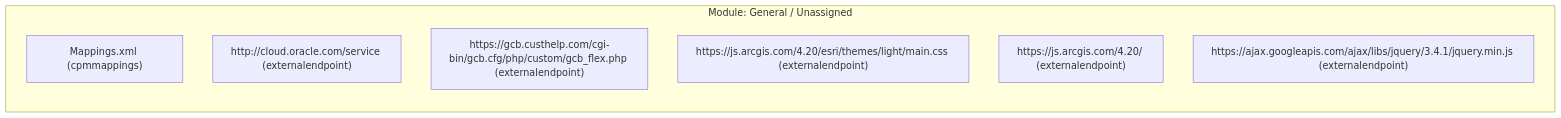
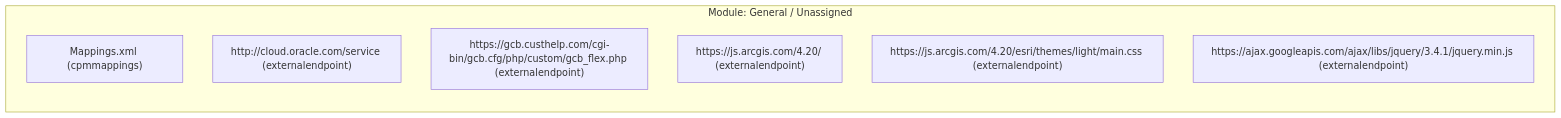
One commit to SujalMatolia0/Config_Migration changed the second of 4 diagrams in results/COMPLETE_SYSTEM_MAPPING.md. Above: the diagram before and after it, drawn with Mermaid. The commit also changed other lines of this file and 13 other files, not shown here.

````diff
--- a/results/COMPLETE_SYSTEM_MAPPING.md
+++ b/results/COMPLETE_SYSTEM_MAPPING.md
@@ -118,11 +118,11 @@
 ```mermaid
 flowchart LR
   subgraph MOD_General___Unassigned ["Module: General / Unassigned"]
     N_cpmmappings_mappings_xml["Mappings.xml (cpmmappings)"]
     N_externalendpoint_http___cloud_oracle_com_service["http://cloud.oracle.com/service (externalendpoint)"]
     N_externalendpoint_https___gcb_custhelp_com_cgi_bin_gcb_cfg_php_custom_gcb_flex_php["https://gcb.custhelp.com/cgi-bin/gcb.cfg/php/custom/gcb_flex.php (externalendpoint)"]
+    N_externalendpoint_https___js_arcgis_com_4_20_["https://js.arcgis.com/4.20/ (externalendpoint)"]
     N_externalendpoint_https___js_arcgis_com_4_20_esri_themes_light_main_css["https://js.arcgis.com/4.20/esri/themes/light/main.css (externalendpoint)"]
-    N_externalendpoint_https___js_arcgis_com_4_20_["https://js.arcgis.com/4.20/ (externalendpoint)"]
     N_externalendpoint_https___ajax_googleapis_com_ajax_libs_jquery_3_4_1_jquery_min_js["https://ajax.googleapis.com/ajax/libs/jquery/3.4.1/jquery.min.js (externalendpoint)"]
   end
 ```
````
